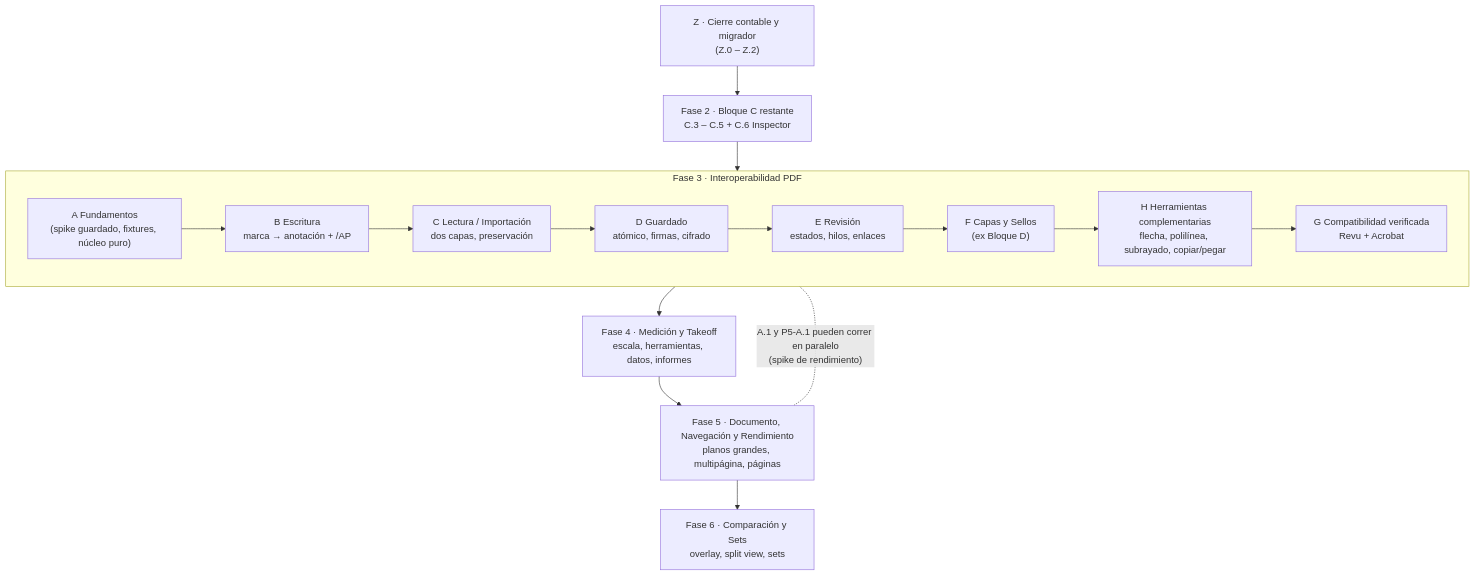
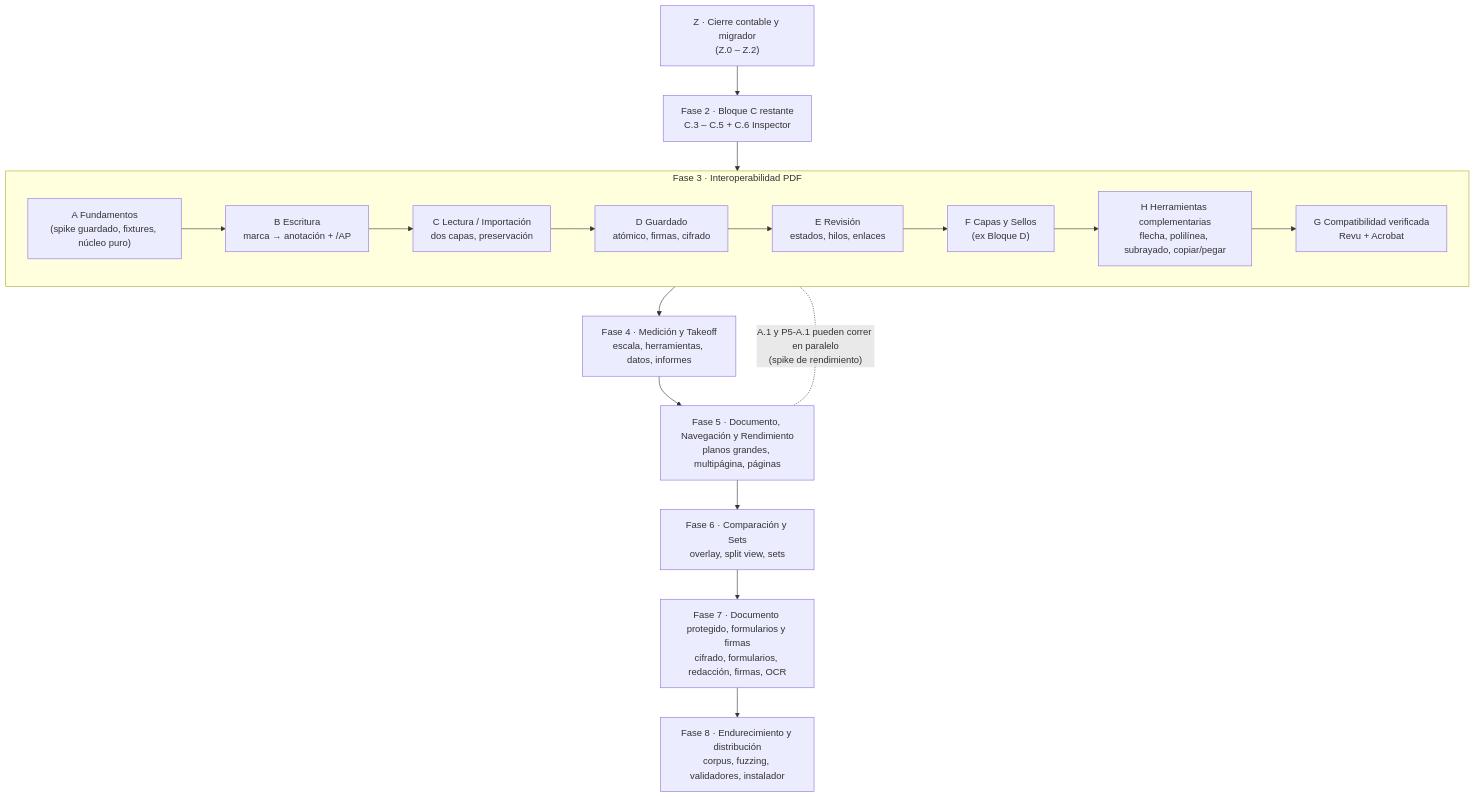
One commit to jacobavina/pdfrev changed the diagram in docs/plan-v2/README.md. Above: the diagram before and after it, drawn with Mermaid. The commit also changed other lines of this file and 4 other files, not shown here.

````diff
--- a/docs/plan-v2/README.md
+++ b/docs/plan-v2/README.md
@@ -86,18 +94,20 @@
 ```mermaid
 flowchart TD
     Z["Z · Cierre contable y migrador<br/>(Z.0 – Z.2)"] --> C["Fase 2 · Bloque C restante<br/>C.3 – C.5 + C.6 Inspector"]
     C --> F3
     subgraph F3["Fase 3 · Interoperabilidad PDF"]
         A3["A Fundamentos<br/>(spike guardado, fixtures, núcleo puro)"] --> B3["B Escritura<br/>marca → anotación + /AP"]
         B3 --> C3["C Lectura / Importación<br/>dos capas, preservación"]
         C3 --> D3["D Guardado<br/>atómico, firmas, cifrado"]
         D3 --> E3["E Revisión<br/>estados, hilos, enlaces"]
         E3 --> F3b["F Capas y Sellos<br/>(ex Bloque D)"]
         F3b --> H3["H Herramientas complementarias<br/>flecha, polilínea, subrayado, copiar/pegar"]
         H3 --> G3["G Compatibilidad verificada<br/>Revu + Acrobat"]
     end
     F3 --> F4["Fase 4 · Medición y Takeoff<br/>escala, herramientas, datos, informes"]
     F4 --> F5["Fase 5 · Documento, Navegación y Rendimiento<br/>planos grandes, multipágina, páginas"]
     F5 --> F6["Fase 6 · Comparación y Sets<br/>overlay, split view, sets"]
+    F6 --> F7["Fase 7 · Documento protegido, formularios y firmas<br/>cifrado, formularios, redacción, firmas, OCR"]
+    F7 --> F8["Fase 8 · Endurecimiento y distribución<br/>corpus, fuzzing, validadores, instalador"]
     F3 -. "A.1 y P5-A.1 pueden correr en paralelo<br/>(spike de rendimiento)" .- F5
 ```
````
